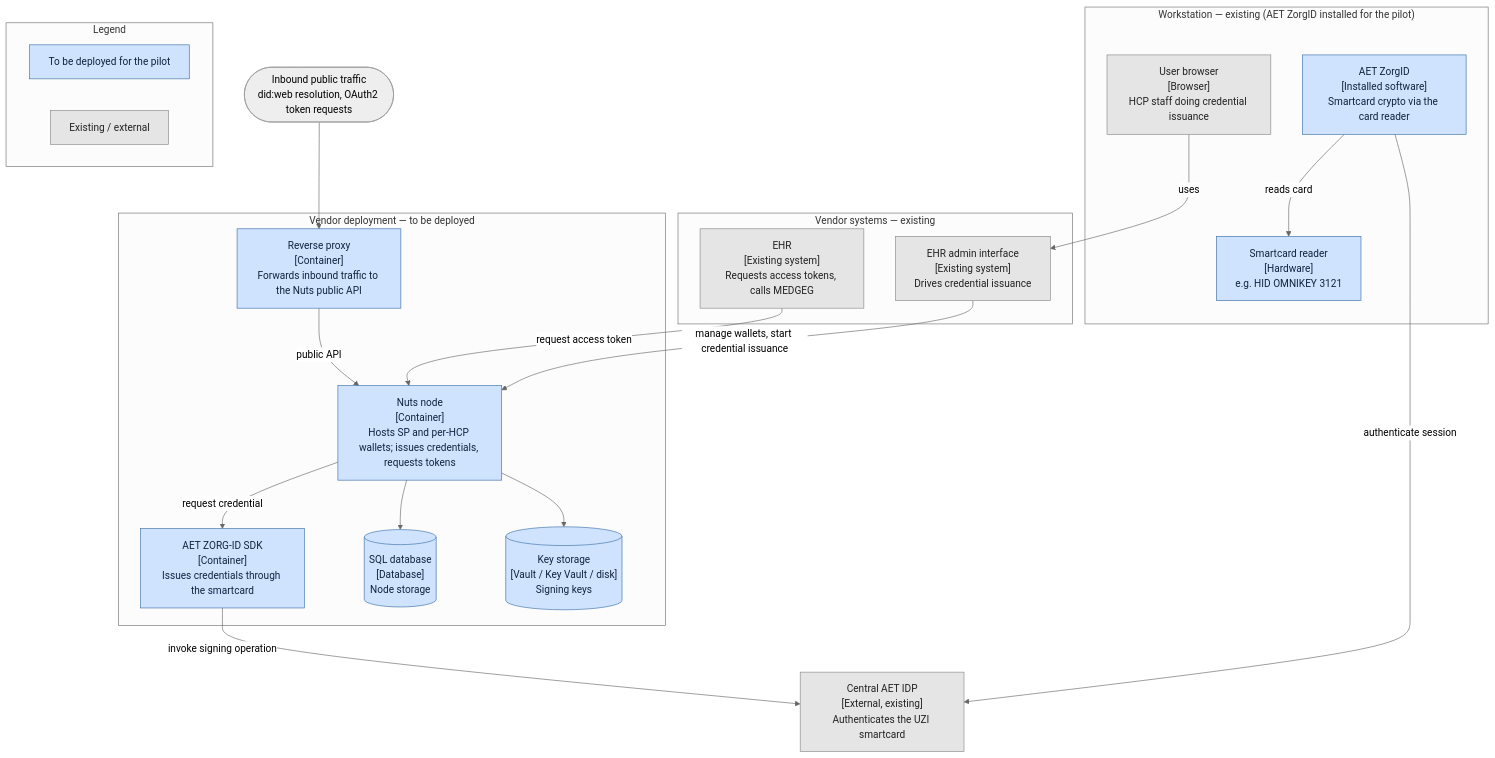
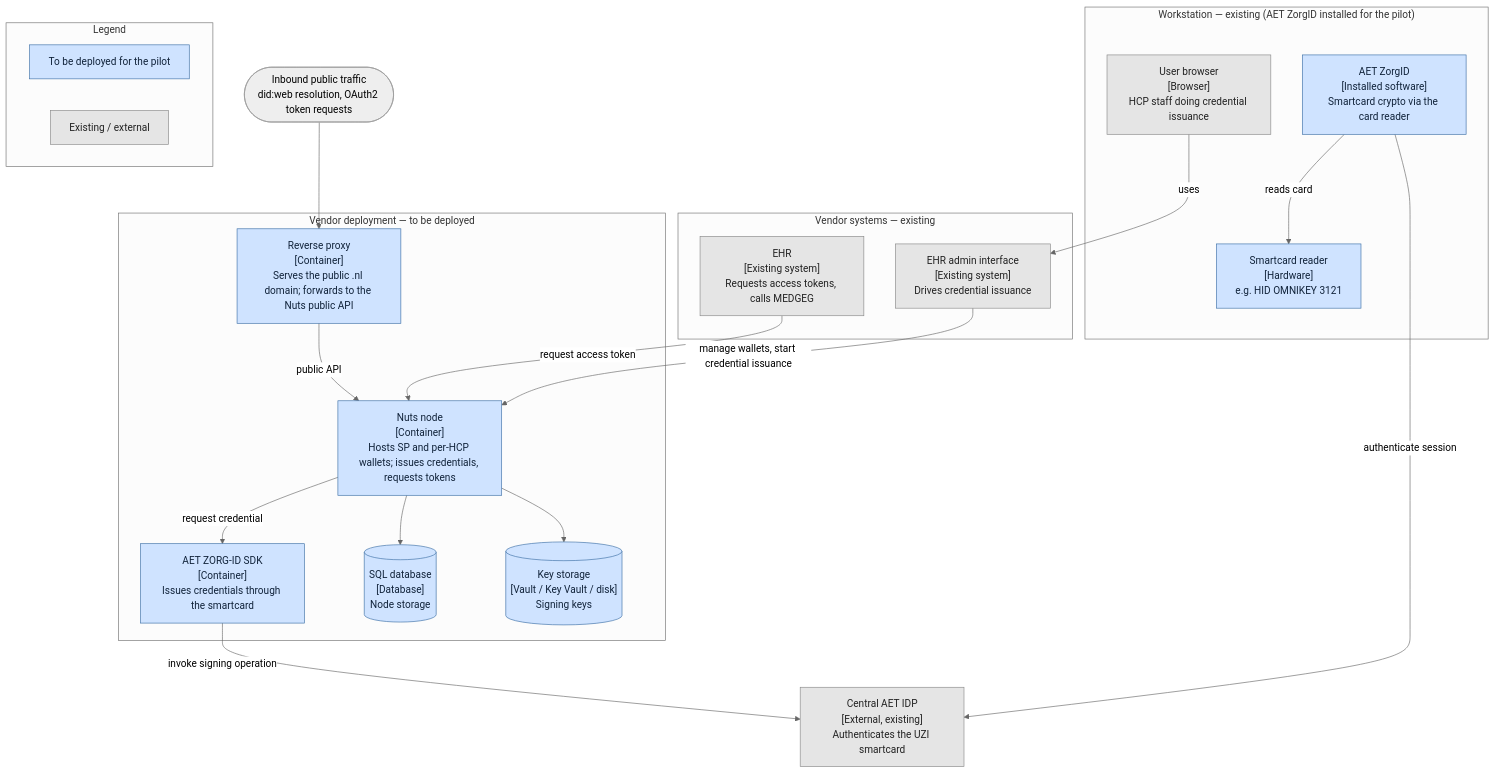
One commit to nuts-foundation/lspxnuts-pilots changed the diagram in docs/deployment-guide.md. Above: the diagram before and after it, drawn with Mermaid (neutral theme). The commit also changed other lines of this file, not shown here.

First line of the commit message:
docs: drop prerequisites section, note .nl domain on the proxy

````diff
--- a/docs/deployment-guide.md
+++ b/docs/deployment-guide.md
@@ -32,48 +10,48 @@
 ```mermaid
 flowchart TB
   subgraph WS["Workstation — existing (AET ZorgID installed for the pilot)"]
     Browser["User browser<br/>[Browser]<br/>HCP staff doing credential issuance"]
     ZorgID["AET ZorgID<br/>[Installed software]<br/>Smartcard crypto via the card reader"]
     Reader["Smartcard reader<br/>[Hardware]<br/>e.g. HID OMNIKEY 3121"]
   end
 
   Inbound(["Inbound public traffic<br/>did:web resolution, OAuth2 token requests"])
 
   subgraph Vendor["Vendor deployment — to be deployed"]
-    RP["Reverse proxy<br/>[Container]<br/>Forwards inbound traffic to the Nuts public API"]
+    RP["Reverse proxy<br/>[Container]<br/>Serves the public .nl domain; forwards to the Nuts public API"]
     Node["Nuts node<br/>[Container]<br/>Hosts SP and per-HCP wallets; issues credentials, requests tokens"]
     AETSDK["AET ZORG-ID SDK<br/>[Container]<br/>Issues credentials through the smartcard"]
     DB[("SQL database<br/>[Database]<br/>Node storage")]
     Keys[("Key storage<br/>[Vault / Key Vault / disk]<br/>Signing keys")]
   end
 
   subgraph Systems["Vendor systems — existing"]
     EHR["EHR<br/>[Existing system]<br/>Requests access tokens, calls MEDGEG"]
     Admin["EHR admin interface<br/>[Existing system]<br/>Drives credential issuance"]
   end
 
   AETIDP["Central AET IDP<br/>[External, existing]<br/>Authenticates the UZI smartcard"]
 
   Inbound --> RP
   RP -->|public API| Node
   Node -->|request credential| AETSDK
   AETSDK -->|invoke signing operation| AETIDP
   Node --> DB
   Node --> Keys
   EHR -->|request access token| Node
   Admin -->|manage wallets, start credential issuance| Node
   Browser -->|uses| Admin
   ZorgID -->|reads card| Reader
   ZorgID -->|authenticate session| AETIDP
 
   subgraph Legend["Legend"]
     direction LR
     L1["To be deployed for the pilot"]
     L2["Existing / external"]
   end
 
   classDef deploy fill:#cfe3ff,stroke:#3b6ea5,color:#11233a;
   classDef existing fill:#e5e5e5,stroke:#888,color:#222;
   class RP,Node,AETSDK,DB,Keys,ZorgID,Reader,L1 deploy;
   class EHR,Admin,AETIDP,Browser,L2 existing;
 ```
````
